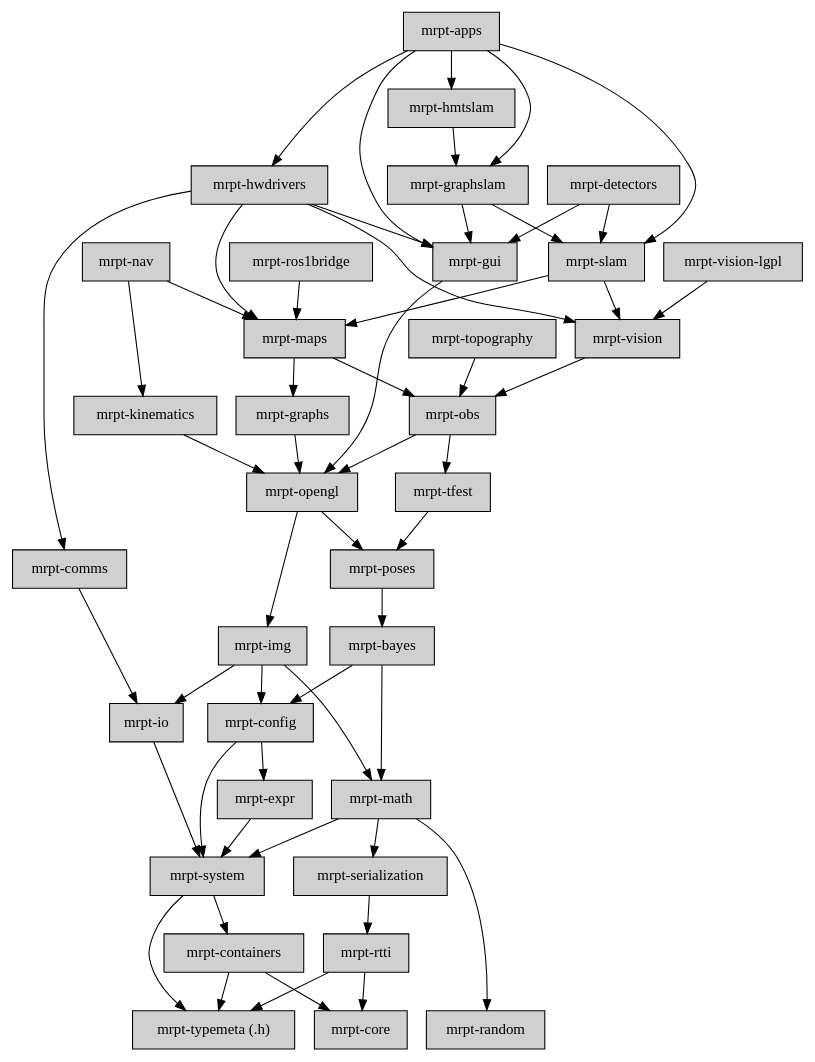
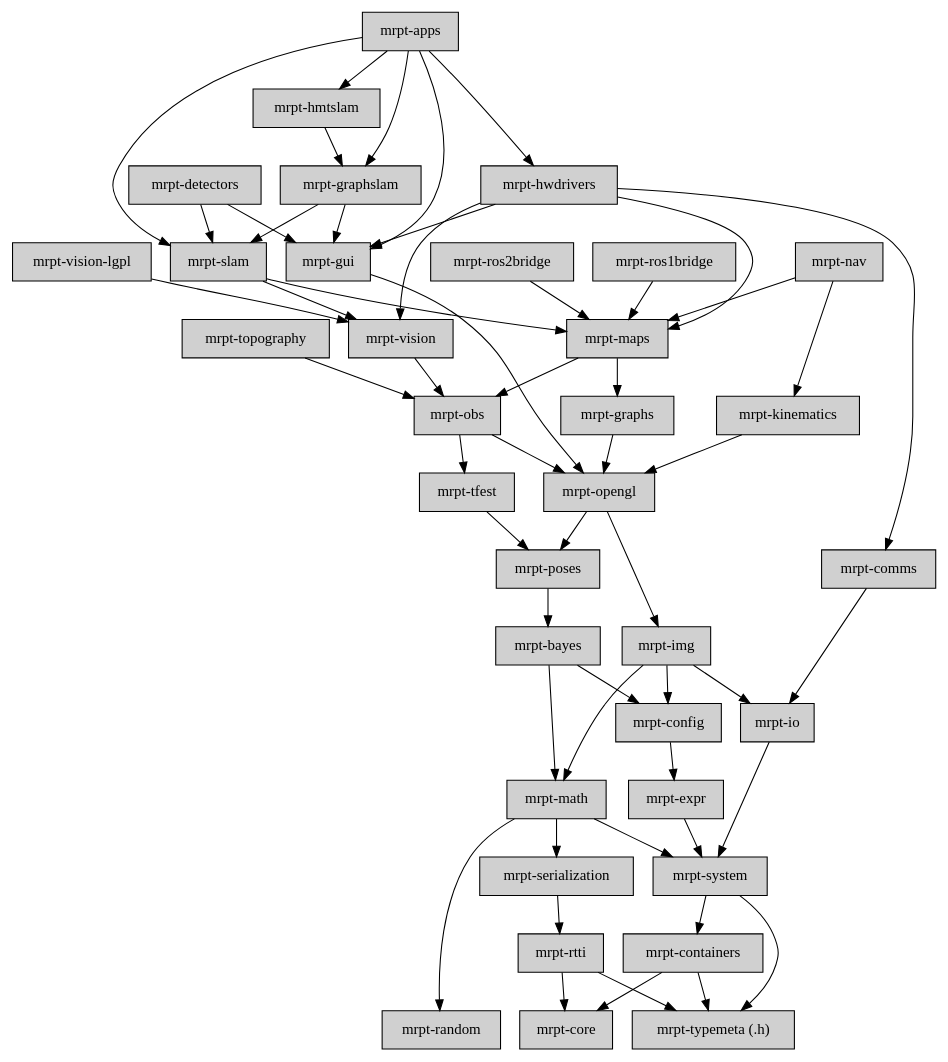
Before and after one commit to ros2-gbp/mrpt2-release: the diagram in doc/source/images/graph_mrpt_libs.dot, drawn with Graphviz. The commit also changed 442 other files, not shown here.

```diff
--- a/doc/source/images/graph_mrpt_libs.dot
+++ b/doc/source/images/graph_mrpt_libs.dot
@@ -1,129 +1,131 @@
 digraph MRPT_LIBS {
 
 	node [shape=box,style=filled, fillcolor="#D0D0D0"];
 
 	apps [label="mrpt-apps",URL="group_mrpt_bayes_grp.html"];
 	apps -> gui;
 	apps -> slam;
 	apps -> hwdrivers;
 	apps -> graphslam;
 	apps -> hmtslam;
 
 	bayes [label="mrpt-bayes",URL="group_mrpt_bayes_grp.html"];
 	bayes -> math;
 	bayes -> config;
 
 	comms [label="mrpt-comms",URL="group_mrpt_comms_grp.html"];
 	comms -> io;
 
 	config   [label="mrpt-config",URL="group_mrpt_config_grp.html"];
 	config -> expr;
-	config -> system;
 
 	containers  [label="mrpt-containers",URL="group_mrpt_containers_grp.html"];
 	containers -> core;
 	containers -> typemeta;
 
 	{ rank = sink;
 	core       [label="mrpt-core",URL="group_mrpt_core_grp.html"];
 	}
 
 	detectors  [label="mrpt-detectors",URL="group_mrpt_detectors_grp.html"];
 	detectors -> gui;
 	detectors -> slam;
 
 	expr       [label="mrpt-expr",URL="group_mrpt_expr_grp.html"];
 	expr -> system;
 
 	graphs     [label="mrpt-graphs",URL="group_mrpt_graphs_grp.html"];
 	graphs -> opengl;
 
 	graphslam  [label="mrpt-graphslam",URL="group_mrpt_graphslam_grp.html"];
 	graphslam -> gui;
 	graphslam -> slam;
 
 	gui        [label="mrpt-gui",URL="group_mrpt_gui_grp.html"];
 	gui -> opengl;
 
 	hmtslam    [label="mrpt-hmtslam",URL="group_mrpt_hmtslam_grp.html"];
 	hmtslam -> graphslam;
 
 	hwdrivers  [label="mrpt-hwdrivers",URL="group_mrpt_hwdrivers_grp.html"];
 	hwdrivers -> comms;
 	hwdrivers -> gui;
 	hwdrivers -> maps;
 	hwdrivers -> vision;
 
 	img [label="mrpt-img",URL="group_mrpt_img_grp.html"];
 	img  -> io;
 	img  -> math;
 	img  -> config;
 
 	io [label="mrpt-io",URL="group_mrpt_io_grp.html"];
 	io  -> system;
 
 	kinematics [label="mrpt-kinematics",URL="group_mrpt_kinematics_grp.html"];
 	kinematics -> opengl;
 
 	maps       [label="mrpt-maps",URL="group_mrpt_maps_grp.html"];
 	maps -> graphs;
 	maps -> obs;
 
 	math       [label="mrpt-math",URL="group_mrpt_math_grp.html"];
 	math -> serialization;
 	math -> random;
 	math -> system;
 
 	nav        [label="mrpt-nav",URL="group_mrpt_nav_grp.html"];
 	nav -> kinematics;
 	nav -> maps;
 
 	obs        [label="mrpt-obs",URL="group_mrpt_obs_grp.html"];
 	obs -> opengl;
 	obs -> tfest;
 
 	opengl     [label="mrpt-opengl", URL="group_mrpt_opengl_grp.html"];
 	opengl -> poses;
 	opengl -> img;
 
 	poses     [label="mrpt-poses",URL="group_mrpt_poses_grp.html"];
 	poses -> bayes;
 
 	{ rank = sink;
 	random     [label="mrpt-random",URL="group_mrpt_random_grp.html"];
 	}
 
 	rtti     [label="mrpt-rtti",URL="group_mrpt_rtti_grp.html"];
 	rtti -> core;
 	rtti -> typemeta;
 
 	ros1bridge   [label="mrpt-ros1bridge", URL="group_mrpt_ros1bridge_grp.html"];
 	ros1bridge -> maps;
 
+	ros2bridge   [label="mrpt-ros2bridge", URL="group_mrpt_ros2bridge_grp.html"];
+	ros2bridge -> maps;
+
 	serialization [label="mrpt-serialization",URL="group_mrpt_serialization_grp.html"];
 	serialization -> rtti;
 
 	slam       [label="mrpt-slam",URL="group_mrpt_slam_grp.html"];
 	slam -> maps;
 	slam -> vision;
 
 	system     [label="mrpt-system",URL="group_mrpt_system_grp.html"];
 	system -> typemeta;
 	system -> containers;
 
 	tfest      [label="mrpt-tfest",URL="group_mrpt_tfest_grp.html"];
 	tfest -> poses;
 
 	topography [label="mrpt-topography",URL="group_mrpt_topography_grp.html"];
 	topography -> obs;
 
 	{ rank = sink;
 	typemeta [label="mrpt-typemeta (.h)",URL="group_mrpt_typemeta_grp.html"];
 	}
 
 	vision     [label="mrpt-vision",URL="group_mrpt_vision_grp.html"];
 	vision -> obs;
 
 	visionlgpl     [label="mrpt-vision-lgpl",URL="group_mrpt_vision_lgpl_grp.html"];
 	visionlgpl -> vision;
 }
```
